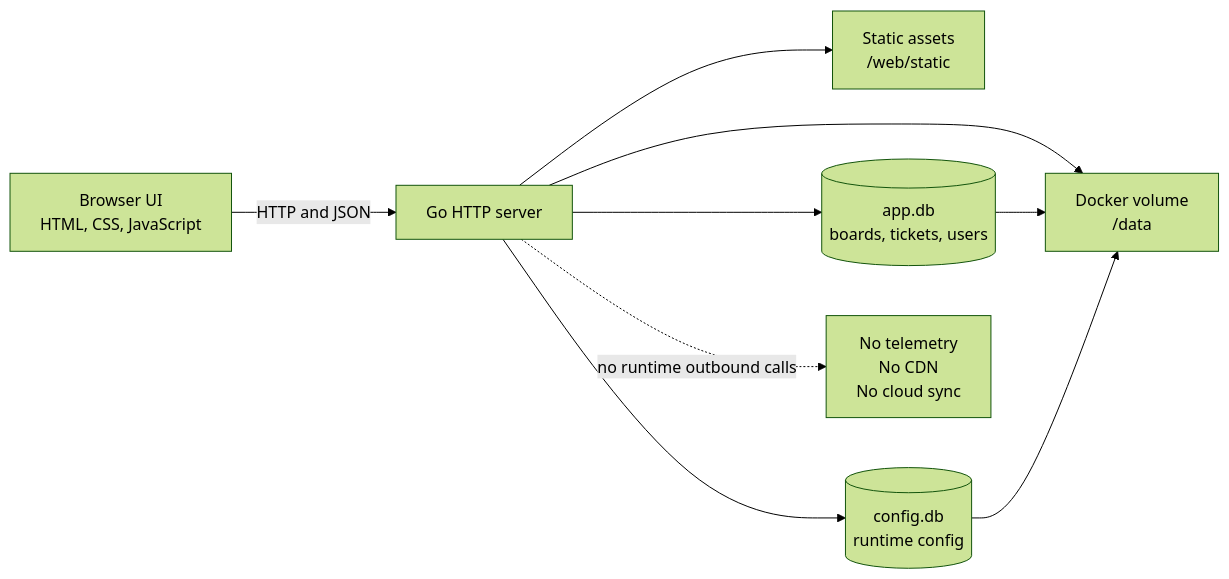
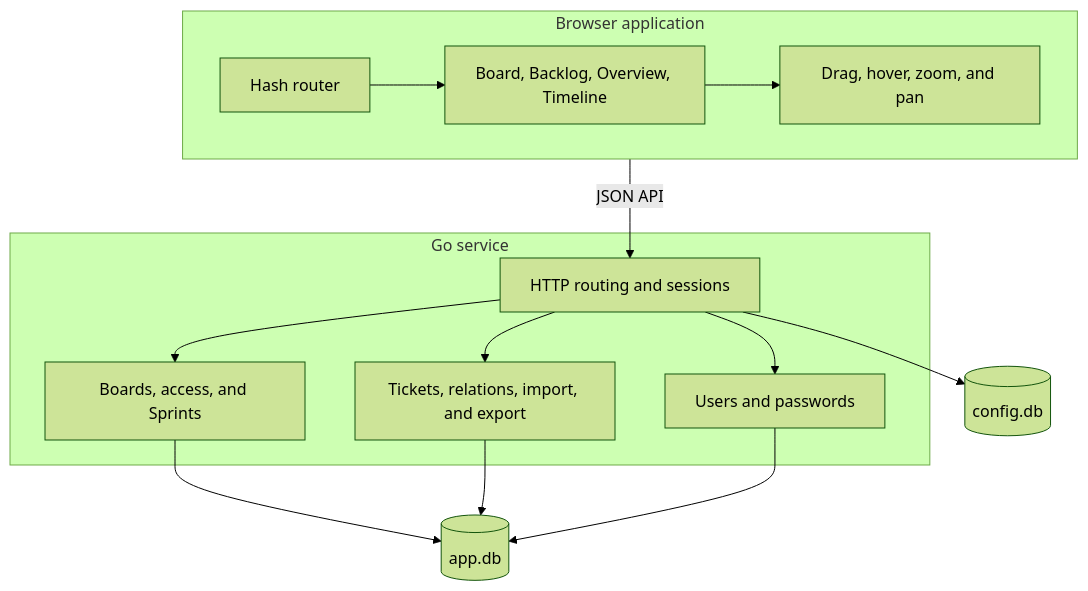
The second of 5 diagrams in README.md (Zuendelmeister-Dev/Kanbanodon), drawn with Mermaid (forest theme) before and after one commit. The commit also changed other lines of this file and 4 other files, not shown here.

Commit message:
docs: update architecture and planning documentation

````diff
--- a/README.md
+++ b/README.md
@@ -77,11 +90,26 @@
 ```mermaid
-flowchart LR
-    Browser["Browser UI<br>HTML, CSS, JavaScript"] -->|HTTP and JSON| Server["Go HTTP server"]
-    Server --> Static["Static assets<br>/web/static"]
-    Server --> AppDB[("app.db<br>boards, tickets, users")]
-    Server --> ConfigDB[("config.db<br>runtime config")]
-    Server --> Volume["Docker volume<br>/data"]
-    AppDB --> Volume
-    ConfigDB --> Volume
-    Server -. "no runtime outbound calls" .-> Nowhere["No telemetry<br>No CDN<br>No cloud sync"]
+flowchart TB
+    subgraph Browser["Browser application"]
+        Router["Hash router"]
+        Views["Board, Backlog, Overview, Timeline"]
+        Interaction["Drag, hover, zoom, and pan"]
+        Router --> Views
+        Views --> Interaction
+    end
+
+    subgraph Server["Go service"]
+        HTTP["HTTP routing and sessions"]
+        Boards["Boards, access, and Sprints"]
+        Tickets["Tickets, relations, import, and export"]
+        Users["Users and passwords"]
+        HTTP --> Boards
+        HTTP --> Tickets
+        HTTP --> Users
+    end
+
+    Browser -->|JSON API| HTTP
+    Boards --> AppDB[("app.db")]
+    Tickets --> AppDB
+    Users --> AppDB
+    HTTP --> ConfigDB[("config.db")]
 ```
````
